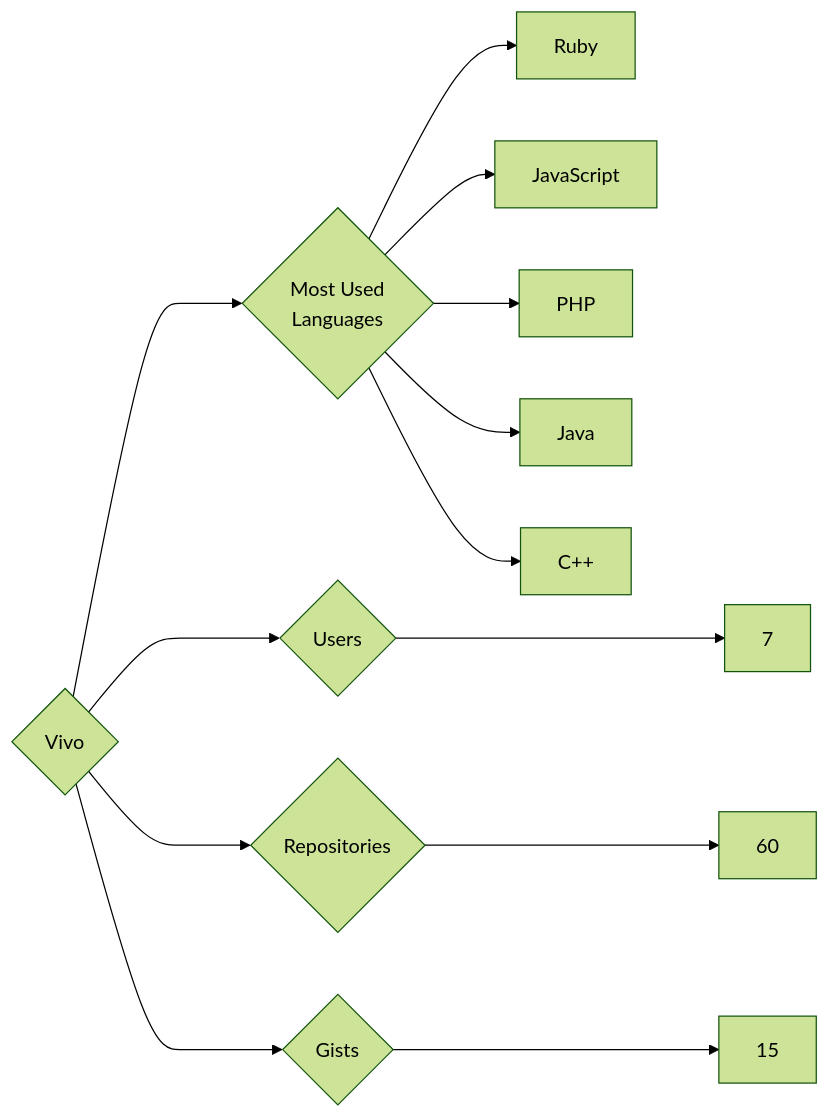
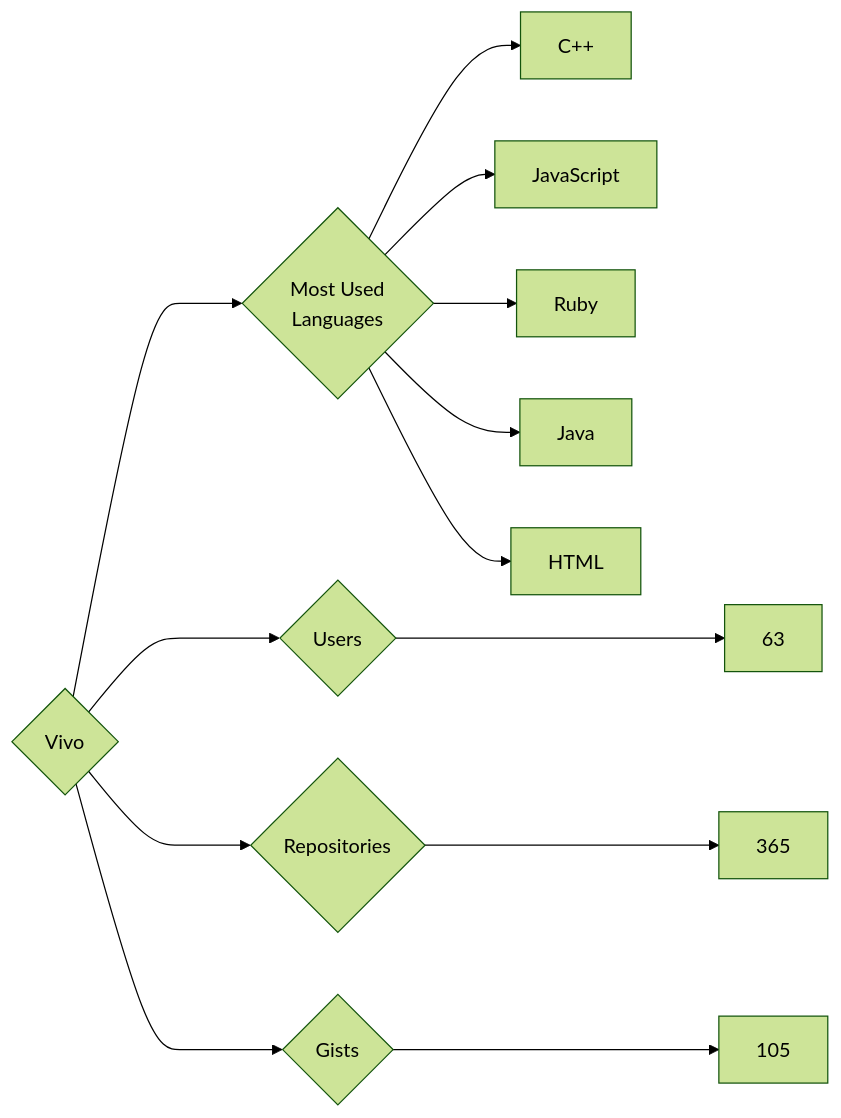
The diagram in targets/Vivo/README.md (trickest/insiders), drawn with Mermaid (forest theme) before and after one commit. The commit also changed 886 other files, not shown here.

````diff
--- a/targets/Vivo/README.md
+++ b/targets/Vivo/README.md
@@ -3,13 +3,13 @@
 ```mermaid
 graph LR
 COMPANY_NAME{Vivo}
-COMPANY_NAME ---> U{Users} ---> UN[7]
-COMPANY_NAME ---> R{Repositories} ---> RN[60]
-COMPANY_NAME ---> G{Gists} ---> GN[15]
+COMPANY_NAME ---> U{Users} ---> UN[63]
+COMPANY_NAME ---> R{Repositories} ---> RN[365]
+COMPANY_NAME ---> G{Gists} ---> GN[105]
 COMPANY_NAME ---> ML{Most Used<br>Languages}
+ML --> C++[C++]
+ML --> JavaScript[JavaScript]
 ML --> Ruby[Ruby]
-ML --> JavaScript[JavaScript]
-ML --> PHP[PHP]
 ML --> Java[Java]
-ML --> C++[C++]
+ML --> HTML[HTML]
 ```
````
